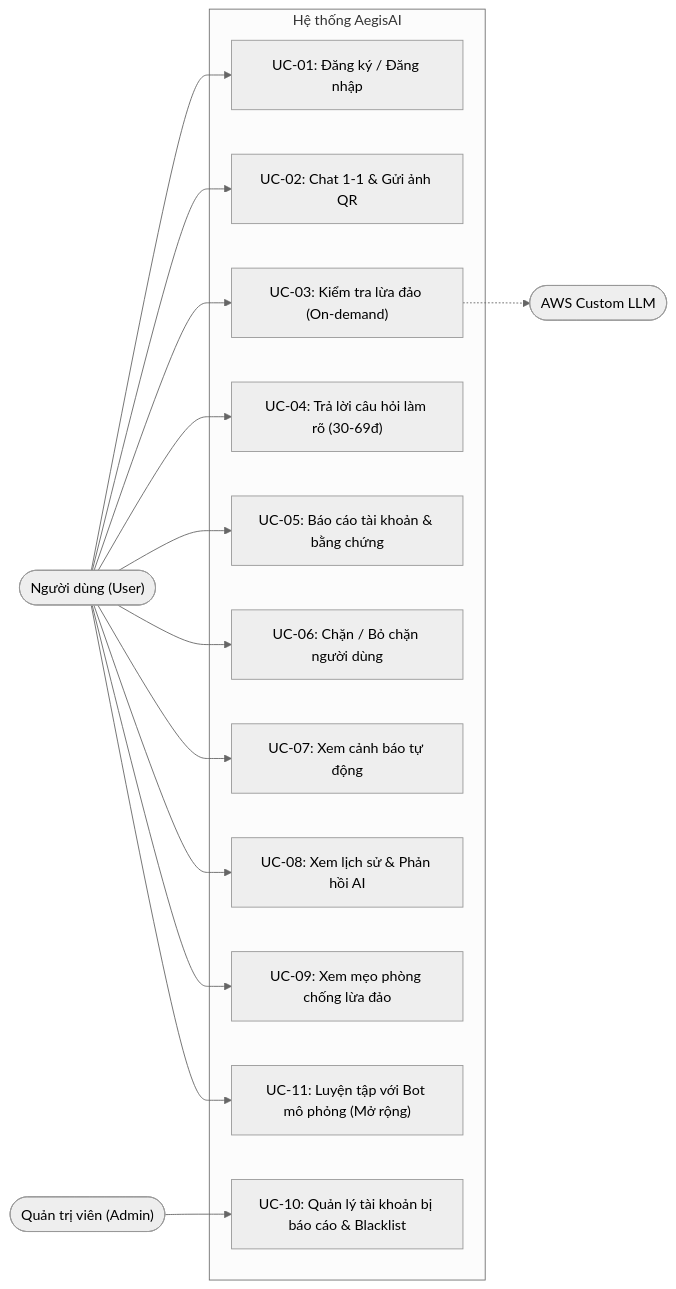
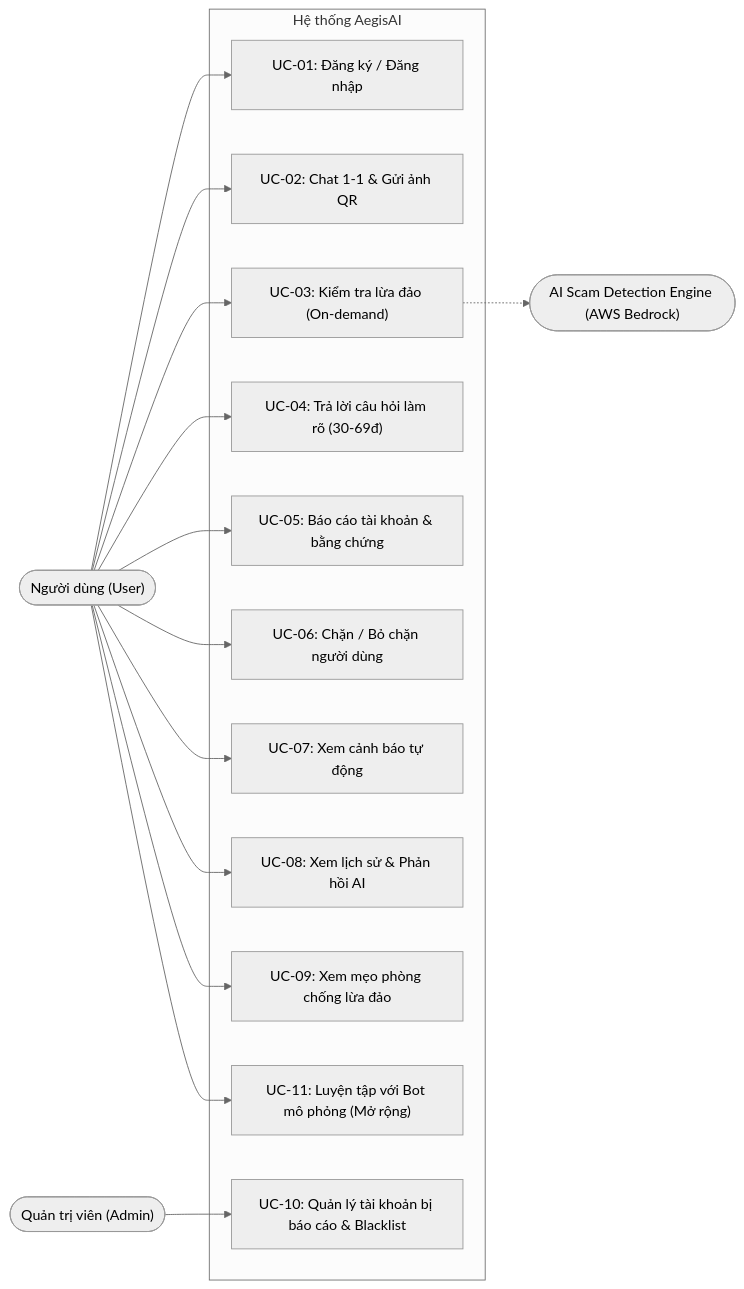
Before and after one commit to USThienPhu/ViAnTam: the diagram in use_case.md, drawn with Mermaid (neutral theme). The commit also changed other lines of this file and 5 other files, not shown here.

````diff
--- a/use_case.md
+++ b/use_case.md
@@ -15,34 +15,34 @@
 ```mermaid
 flowchart LR
     User(["Người dùng (User)"])
     Admin(["Quản trị viên (Admin)"])
-    AI(["AWS Custom LLM"])
+    AI(["AI Scam Detection Engine (AWS Bedrock)"])
 
     subgraph AegisAI["Hệ thống AegisAI"]
         UC01["UC-01: Đăng ký / Đăng nhập"]
         UC02["UC-02: Chat 1-1 & Gửi ảnh QR"]
         UC03["UC-03: Kiểm tra lừa đảo (On-demand)"]
         UC04["UC-04: Trả lời câu hỏi làm rõ (30-69đ)"]
         UC05["UC-05: Báo cáo tài khoản & bằng chứng"]
         UC06["UC-06: Chặn / Bỏ chặn người dùng"]
         UC07["UC-07: Xem cảnh báo tự động"]
         UC08["UC-08: Xem lịch sử & Phản hồi AI"]
         UC09["UC-09: Xem mẹo phòng chống lừa đảo"]
         UC10["UC-10: Quản lý tài khoản bị báo cáo & Blacklist"]
         UC11["UC-11: Luyện tập với Bot mô phỏng (Mở rộng)"]
     end
 
     User --> UC01
     User --> UC02
     User --> UC03
     User --> UC04
     User --> UC05
     User --> UC06
     User --> UC07
     User --> UC08
     User --> UC09
     User --> UC11
 
     UC03 -.-> AI
     Admin --> UC10
 ```
````
